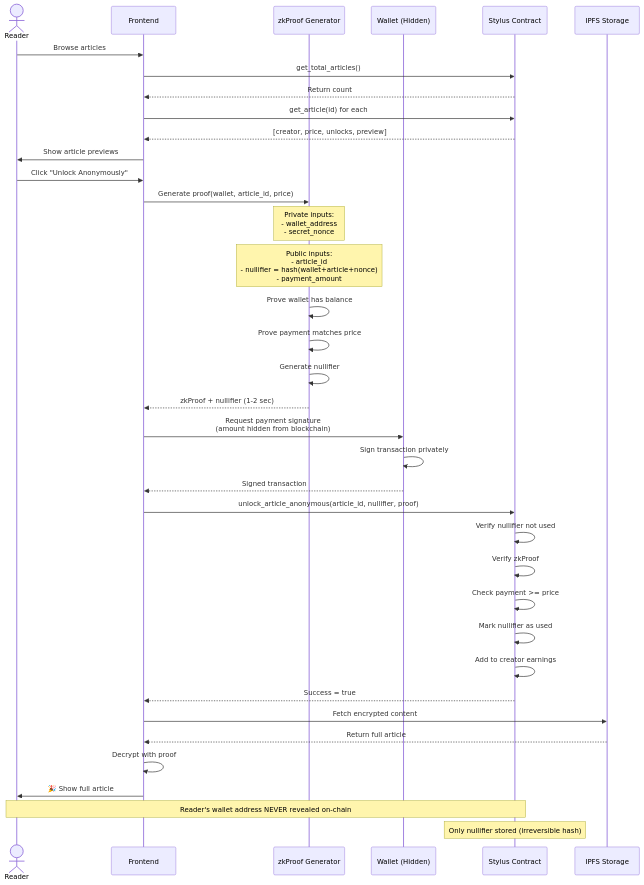
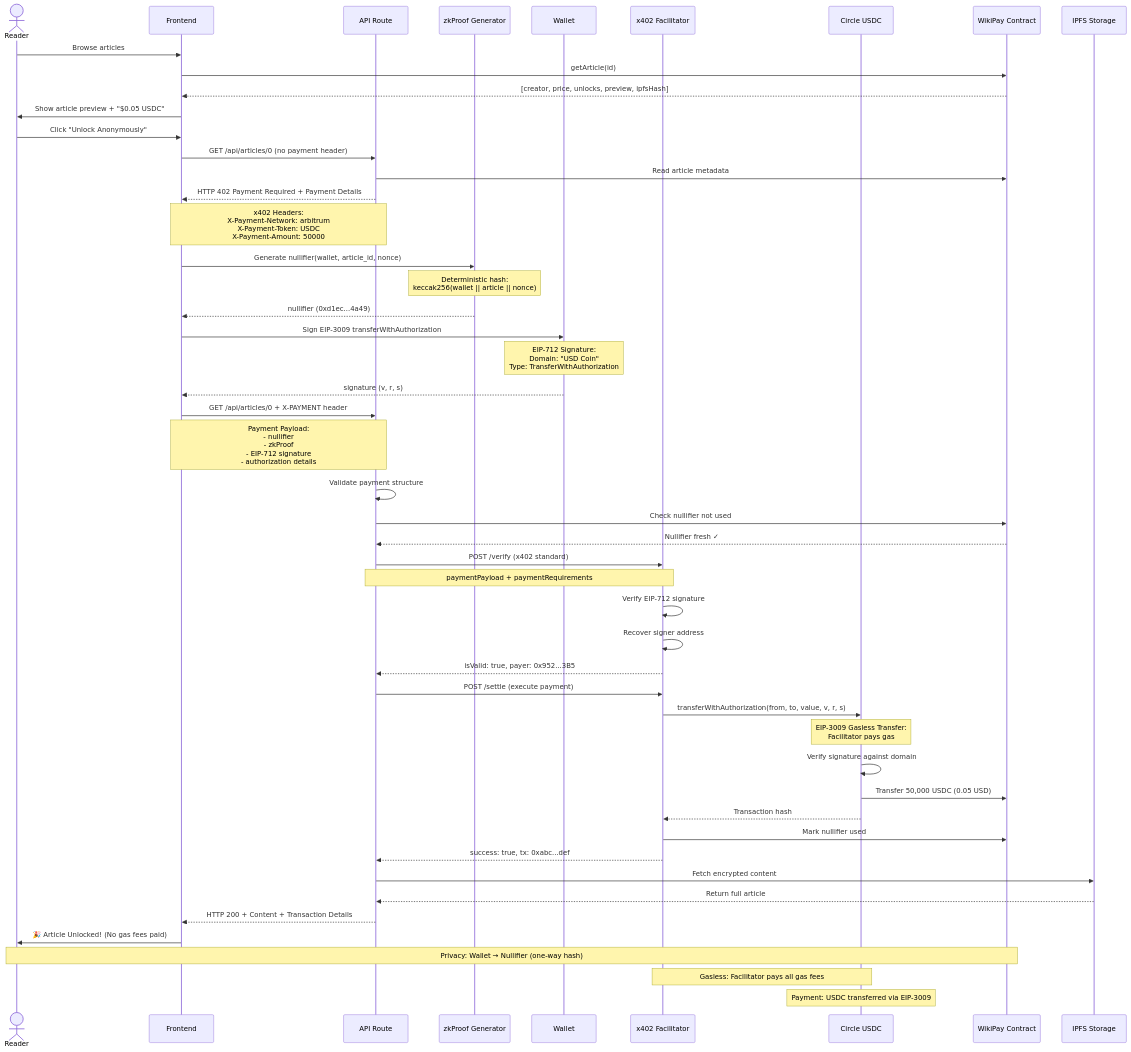
The third of 8 diagrams in README.md (JulioMCruz/WikiPay), drawn with Mermaid before and after one commit. The commit also changed other lines of this file and 5 other files, not shown here.

````diff
--- a/README.md
+++ b/README.md
@@ -104,46 +116,64 @@
 ```mermaid
 sequenceDiagram
     actor Reader
     participant UI as Frontend
+    participant API as API Route
     participant ZK as zkProof Generator
-    participant Wallet as Wallet (Hidden)
-    participant Contract as Stylus Contract
+    participant Wallet as Wallet
+    participant FAC as x402 Facilitator
+    participant USDC as Circle USDC
+    participant Contract as WikiPay Contract
     participant IPFS as IPFS Storage
 
     Reader->>UI: Browse articles
-    UI->>Contract: get_total_articles()
-    Contract-->>UI: Return count
-    UI->>Contract: get_article(id) for each
-    Contract-->>UI: [creator, price, unlocks, preview]
-    UI->>Reader: Show article previews
+    UI->>Contract: getArticle(id)
+    Contract-->>UI: [creator, price, unlocks, preview, ipfsHash]
+    UI->>Reader: Show article preview + "$0.05 USDC"
 
     Reader->>UI: Click "Unlock Anonymously"
 
-    UI->>ZK: Generate proof(wallet, article_id, price)
-    Note over ZK: Private inputs:<br/>- wallet_address<br/>- secret_nonce
-    Note over ZK: Public inputs:<br/>- article_id<br/>- nullifier = hash(wallet+article+nonce)<br/>- payment_amount
-    ZK->>ZK: Prove wallet has balance
-    ZK->>ZK: Prove payment matches price
-    ZK->>ZK: Generate nullifier
-    ZK-->>UI: zkProof + nullifier (1-2 sec)
+    UI->>API: GET /api/articles/0 (no payment header)
+    API->>Contract: Read article metadata
+    API-->>UI: HTTP 402 Payment Required + Payment Details
+    Note over API,UI: x402 Headers:<br/>X-Payment-Network: arbitrum<br/>X-Payment-Token: USDC<br/>X-Payment-Amount: 50000
 
-    UI->>Wallet: Request payment signature<br/>(amount hidden from blockchain)
-    Wallet->>Wallet: Sign transaction privately
-    Wallet-->>UI: Signed transaction
+    UI->>ZK: Generate nullifier(wallet, article_id, nonce)
+    Note over ZK: Deterministic hash:<br/>keccak256(wallet || article || nonce)
+    ZK-->>UI: nullifier (0xd1ec...4a49)
 
-    UI->>Contract: unlock_article_anonymous(article_id, nullifier, proof)
-    Contract->>Contract: Verify nullifier not used
-    Contract->>Contract: Verify zkProof
-    Contract->>Contract: Check payment >= price
-    Contract->>Contract: Mark nullifier as used
-    Contract->>Contract: Add to creator earnings
-    Contract-->>UI: Success = true
+    UI->>Wallet: Sign EIP-3009 transferWithAuthorization
+    Note over Wallet: EIP-712 Signature:<br/>Domain: "USD Coin"<br/>Type: TransferWithAuthorization
+    Wallet-->>UI: signature (v, r, s)
 
-    UI->>IPFS: Fetch encrypted content
-    IPFS-->>UI: Return full article
-    UI->>UI: Decrypt with proof
-    UI->>Reader: 🎉 Show full article
+    UI->>API: GET /api/articles/0 + X-PAYMENT header
+    Note over UI,API: Payment Payload:<br/>- nullifier<br/>- zkProof<br/>- EIP-712 signature<br/>- authorization details
 
-    Note over Reader,Contract: Reader's wallet address NEVER revealed on-chain
-    Note over Contract: Only nullifier stored (irreversible hash)
+    API->>API: Validate payment structure
+    API->>Contract: Check nullifier not used
+    Contract-->>API: Nullifier fresh ✓
+
+    API->>FAC: POST /verify (x402 standard)
+    Note over API,FAC: paymentPayload + paymentRequirements
+    FAC->>FAC: Verify EIP-712 signature
+    FAC->>FAC: Recover signer address
+    FAC-->>API: isValid: true, payer: 0x952...3B5
+
+    API->>FAC: POST /settle (execute payment)
+    FAC->>USDC: transferWithAuthorization(from, to, value, v, r, s)
+    Note over USDC: EIP-3009 Gasless Transfer:<br/>Facilitator pays gas
+    USDC->>USDC: Verify signature against domain
+    USDC->>Contract: Transfer 50,000 USDC (0.05 USD)
+    USDC-->>FAC: Transaction hash
+    FAC->>Contract: Mark nullifier used
+    FAC-->>API: success: true, tx: 0xabc...def
+
+    API->>IPFS: Fetch encrypted content
+    IPFS-->>API: Return full article
+    API-->>UI: HTTP 200 + Content + Transaction Details
+
+    UI->>Reader: 🎉 Article Unlocked! (No gas fees paid)
+
+    Note over Reader,Contract: Privacy: Wallet → Nullifier (one-way hash)
+    Note over FAC,USDC: Gasless: Facilitator pays all gas fees
+    Note over USDC: Payment: USDC transferred via EIP-3009
 ```
````
